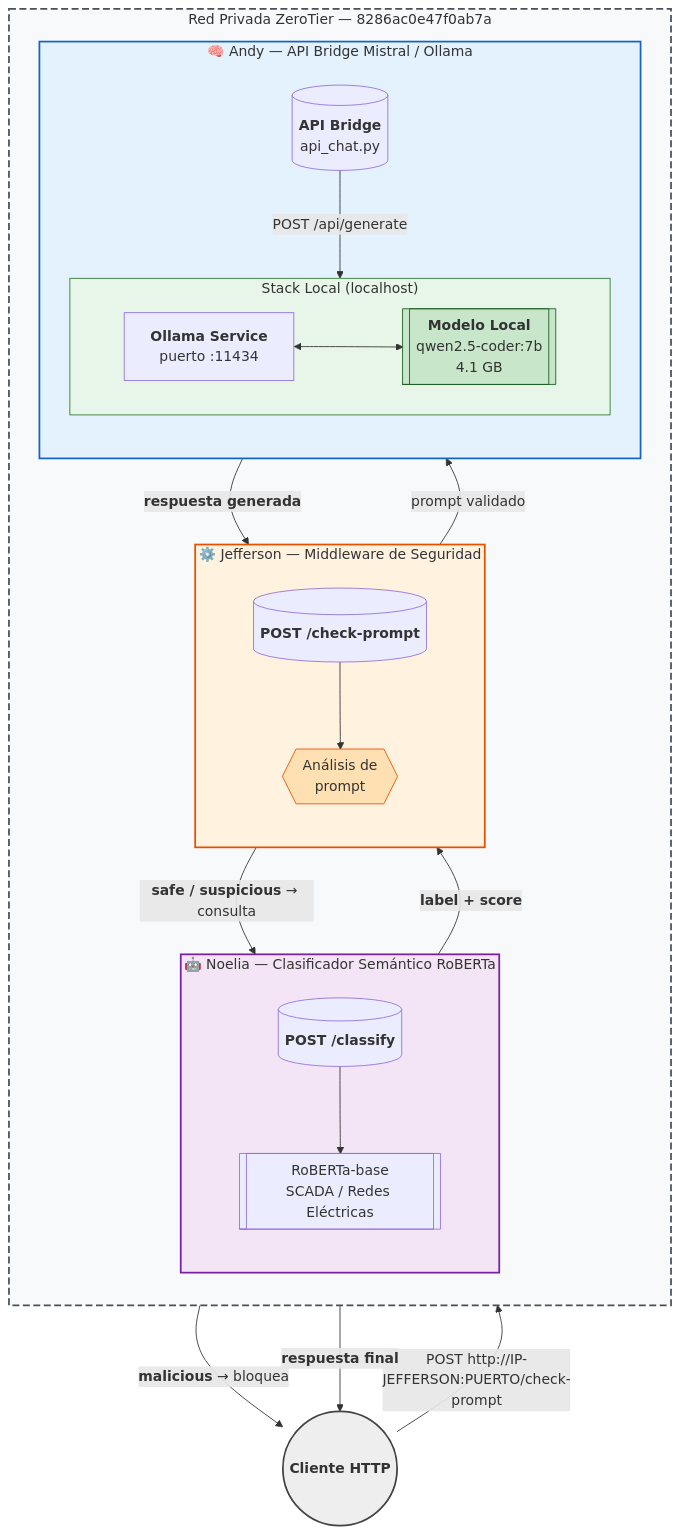
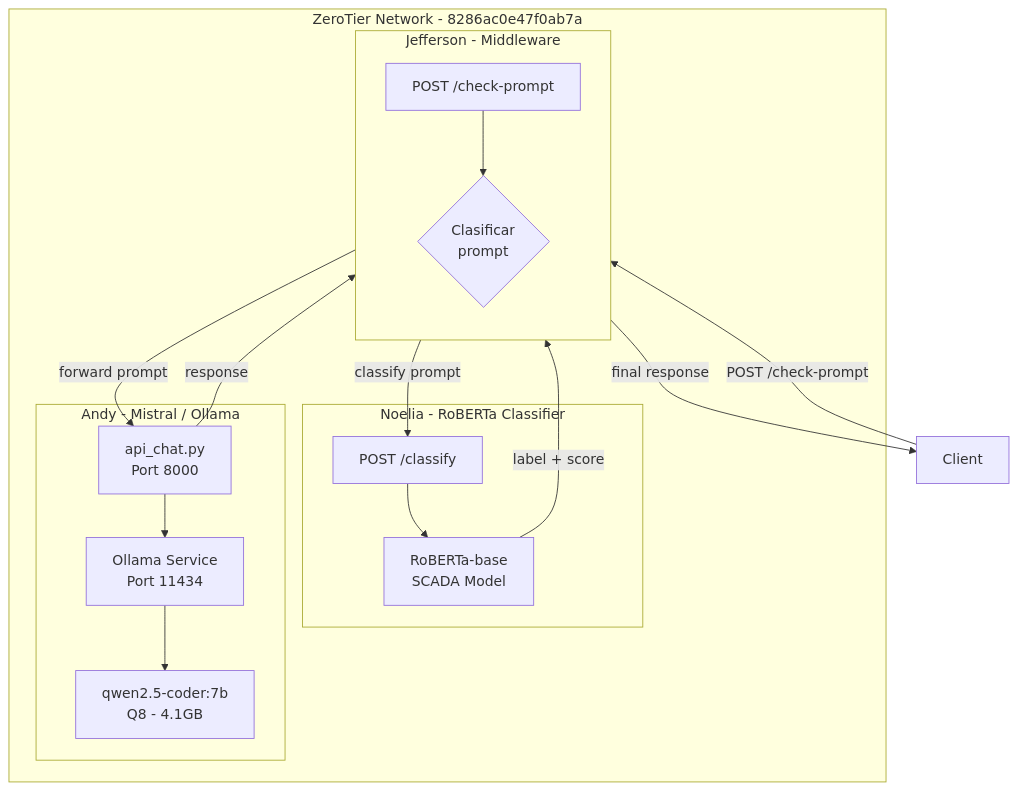
The diagram in README.md (andylaglaguano9-max/Proyecto_Lagla), drawn with Mermaid before and after one commit. The commit also changed other lines of this file, not shown here.

Commit message:
Simplify diagram: clean ZeroTier network with clear connections between Jefferson, Noelia, and Andy

````diff
--- a/README.md
+++ b/README.md
@@ -11,66 +11,27 @@
 ```mermaid
 flowchart TB
-    %%━━━━━━━━━━━━━━━━━━━━━━━━━━━━━━━━━━━━━━━━━━━━━━━
-    %%  CAPA EXTERNA - CLIENTE
-    %%━━━━━━━━━━━━━━━━━━━━━━━━━━━━━━━━━━━━━━━━━━━━━━━
-    CLIENTE(("`**Cliente HTTP**`"))
-
-    %%━━━━━━━━━━━━━━━━━━━━━━━━━━━━━━━━━━━━━━━━━━━━━━━
-    %%  RED ZEROTIER - ENTORNO DISTRIBUIDO
-    %%━━━━━━━━━━━━━━━━━━━━━━━━━━━━━━━━━━━━━━━━━━━━━━━
-    subgraph ZT["Red Privada ZeroTier — 8286ac0e47f0ab7a"]
-        direction TB
-
-        %% ── JEFFERSON: MIDDLEWARE ──
-        subgraph J["⚙️ Jefferson — Middleware de Seguridad"]
+    subgraph ZT["ZeroTier Network - 8286ac0e47f0ab7a"]
+        
+        subgraph MID["Jefferson - Middleware"]
             direction TB
-            MID_IN[("`**POST /check-prompt**`")]
-            MID_DEC{{"`Análisis de<br>prompt`"}}
-            MID_IN --> MID_DEC
+            EP1["POST /check-prompt"] --> DEC{"Clasificar<br>prompt"}
         end
 
-        %% ── NOELIA: ROBERTA CLASSIFIER ──
-        subgraph N["🤖 Noelia — Clasificador Semántico RoBERTa"]
-            direction TB
-            ROB_API[("`**POST /classify**`")]
-            ROB_MODEL[["`RoBERTa-base<br>SCADA / Redes Eléctricas`"]]
-            ROB_API --> ROB_MODEL
+        subgraph CLS["Noelia - RoBERTa Classifier"]
+            EP2["POST /classify"] --> RB["RoBERTa-base<br>SCADA Model"]
         end
 
-        %% ── ANDY: MISTRAL API BRIDGE ──
-        subgraph A["🧠 Andy — API Bridge Mistral / Ollama"]
-            direction TB
-            API_BRIDGE[("`**API Bridge**<br>api_chat.py`")]
-            subgraph OLLAMA_INTERNAL["Stack Local (localhost)"]
-                direction LR
-                OLLAMA_SVC["`**Ollama Service**<br>puerto :11434`"]
-                MODELO[["`**Modelo Local**<br>qwen2.5-coder:7b<br>4.1 GB`"]]
-                OLLAMA_SVC <--> MODELO
-            end
-            API_BRIDGE -->|POST /api/generate| OLLAMA_SVC
+        subgraph LLM["Andy - Mistral / Ollama"]
+            API["api_chat.py<br>Port 8000"] --> OLL["Ollama Service<br>Port 11434"]
+            OLL --> M["qwen2.5-coder:7b<br>Q8 - 4.1GB"]
         end
+
     end
 
-    %%━━━━━━━━━━━━━━━━━━━━━━━━━━━━━━━━━━━━━━━━━━━━━━━
-    %%  FLUJO DE DATOS
-    %%━━━━━━━━━━━━━━━━━━━━━━━━━━━━━━━━━━━━━━━━━━━━━━━
-    CLIENTE -->|"POST http://IP-JEFFERSON:PUERTO/check-prompt"| MID_IN
-    MID_DEC -->|"`**safe / suspicious** → consulta`"| ROB_API
-    MID_DEC -->|"`**malicious** → bloquea`"| CLIENTE
-    ROB_API -->|"`**label + score**`"| MID_DEC
-    MID_DEC -->|"`prompt validado`"| API_BRIDGE
-    API_BRIDGE -->|"`**respuesta generada**`"| MID_DEC
-    MID_DEC -->|"`**respuesta final**`"| CLIENTE
-
-    %%━━━━━━━━━━━━━━━━━━━━━━━━━━━━━━━━━━━━━━━━━━━━━━━
-    %%  ESTILOS
-    %%━━━━━━━━━━━━━━━━━━━━━━━━━━━━━━━━━━━━━━━━━━━━━━━
-    style ZT fill:#f8f9fa,stroke:#495057,stroke-width:2px,stroke-dasharray: 8 4
-    style J fill:#fff3e0,stroke:#e65100,stroke-width:2px
-    style N fill:#f3e5f5,stroke:#7b1fa2,stroke-width:2px
-    style A fill:#e3f2fd,stroke:#1565c0,stroke-width:2px
-    style OLLAMA_INTERNAL fill:#e8f5e9,stroke:#2e7d32,stroke-width:1px
-    style CLIENTE fill:#eeeeee,stroke:#424242,stroke-width:2px
-    style MODELO fill:#c8e6c9,stroke:#1b5e20
-    style MID_DEC fill:#ffe0b2,stroke:#e65100
+    C["Client"] -->|"POST /check-prompt"| EP1
+    DEC -->|"classify prompt"| EP2
+    RB -->|"label + score"| DEC
+    DEC -->|"forward prompt"| API
+    API -->|"response"| DEC
+    DEC -->|"final response"| C
 ```
````
